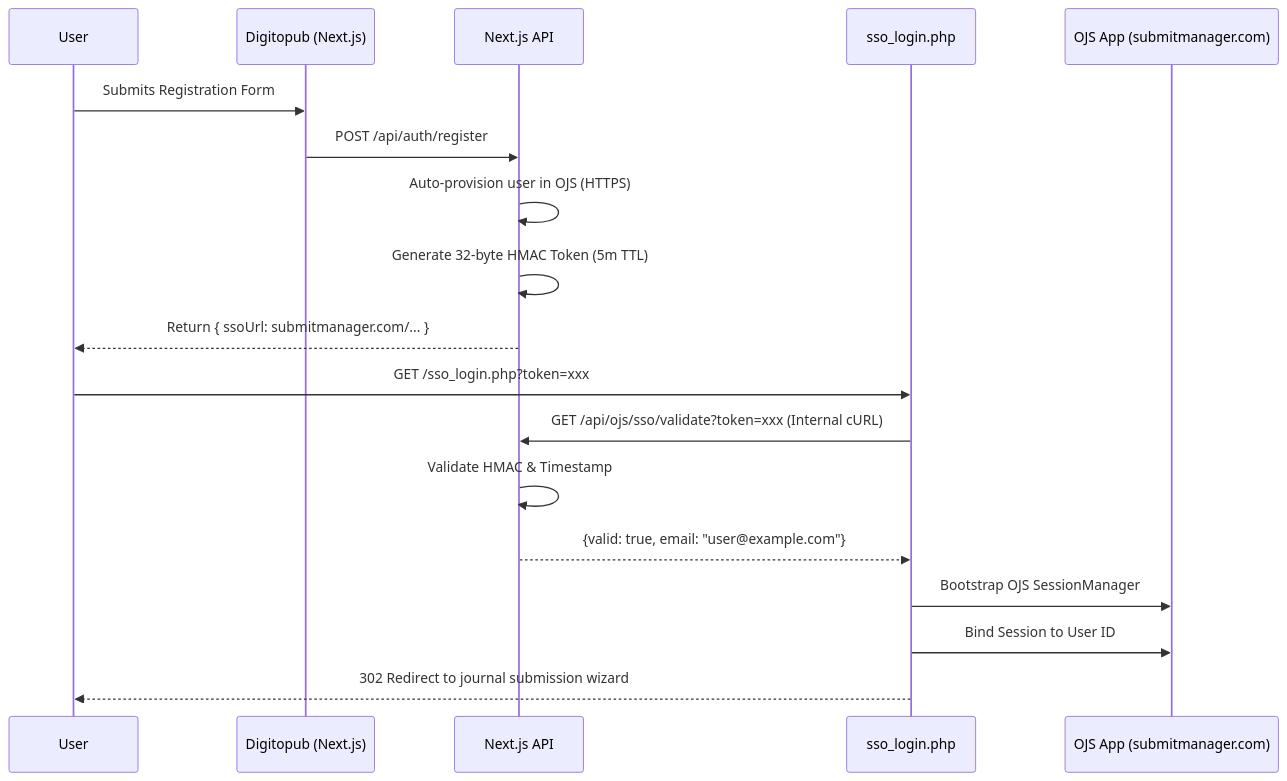
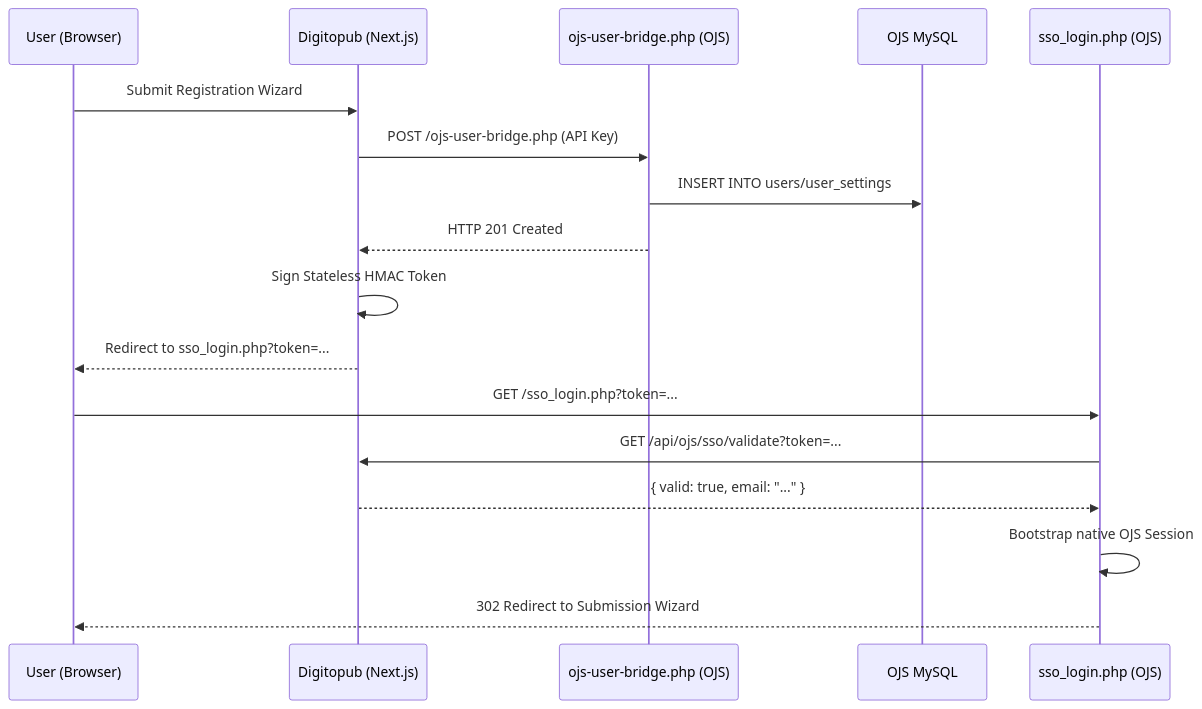
The diagram in README.md (azizwarpai-ctrl/scientific-journals-website), drawn with Mermaid before and after one commit. The commit also changed other lines of this file and 2 other files, not shown here.

Commit message:
feat: Refine authentication and submission architecture, establishing OJS as the primary identity provider for public users via `ojs-user-bridge.php` and `sso_login.php`.

````diff
--- a/README.md
+++ b/README.md
@@ -133,21 +144,20 @@
 ```mermaid
 sequenceDiagram
-    participant U as User
+    participant U as User (Browser)
     participant DP as Digitopub (Next.js)
-    participant API as Next.js API
-    participant SSO as sso_login.php
-    participant OJS as OJS App (submitmanager.com)
-
-    U->>DP: Submits Registration Form
-    DP->>API: POST /api/auth/register
-    API->>API: Auto-provision user in OJS (HTTPS)
-    API->>API: Generate 32-byte HMAC Token (5m TTL)
-    API-->>U: Return { ssoUrl: submitmanager.com/... }
-    U->>SSO: GET /sso_login.php?token=xxx
-    SSO->>API: GET /api/ojs/sso/validate?token=xxx (Internal cURL)
-    API->>API: Validate HMAC & Timestamp
-    API-->>SSO: {valid: true, email: "user@example.com"}
-    SSO->>OJS: Bootstrap OJS SessionManager
-    SSO->>OJS: Bind Session to User ID
-    SSO-->>U: 302 Redirect to journal submission wizard
+    participant Bridge as ojs-user-bridge.php (OJS)
+    participant DB as OJS MySQL
+    participant SSO as sso_login.php (OJS)
+    
+    U->>DP: Submit Registration Wizard
+    DP->>Bridge: POST /ojs-user-bridge.php (API Key)
+    Bridge->>DB: INSERT INTO users/user_settings
+    Bridge-->>DP: HTTP 201 Created
+    DP->>DP: Sign Stateless HMAC Token
+    DP-->>U: Redirect to sso_login.php?token=...
+    U->>SSO: GET /sso_login.php?token=...
+    SSO->>DP: GET /api/ojs/sso/validate?token=...
+    DP-->>SSO: { valid: true, email: "..." }
+    SSO->>SSO: Bootstrap native OJS Session
+    SSO-->>U: 302 Redirect to Submission Wizard
 ```
````
